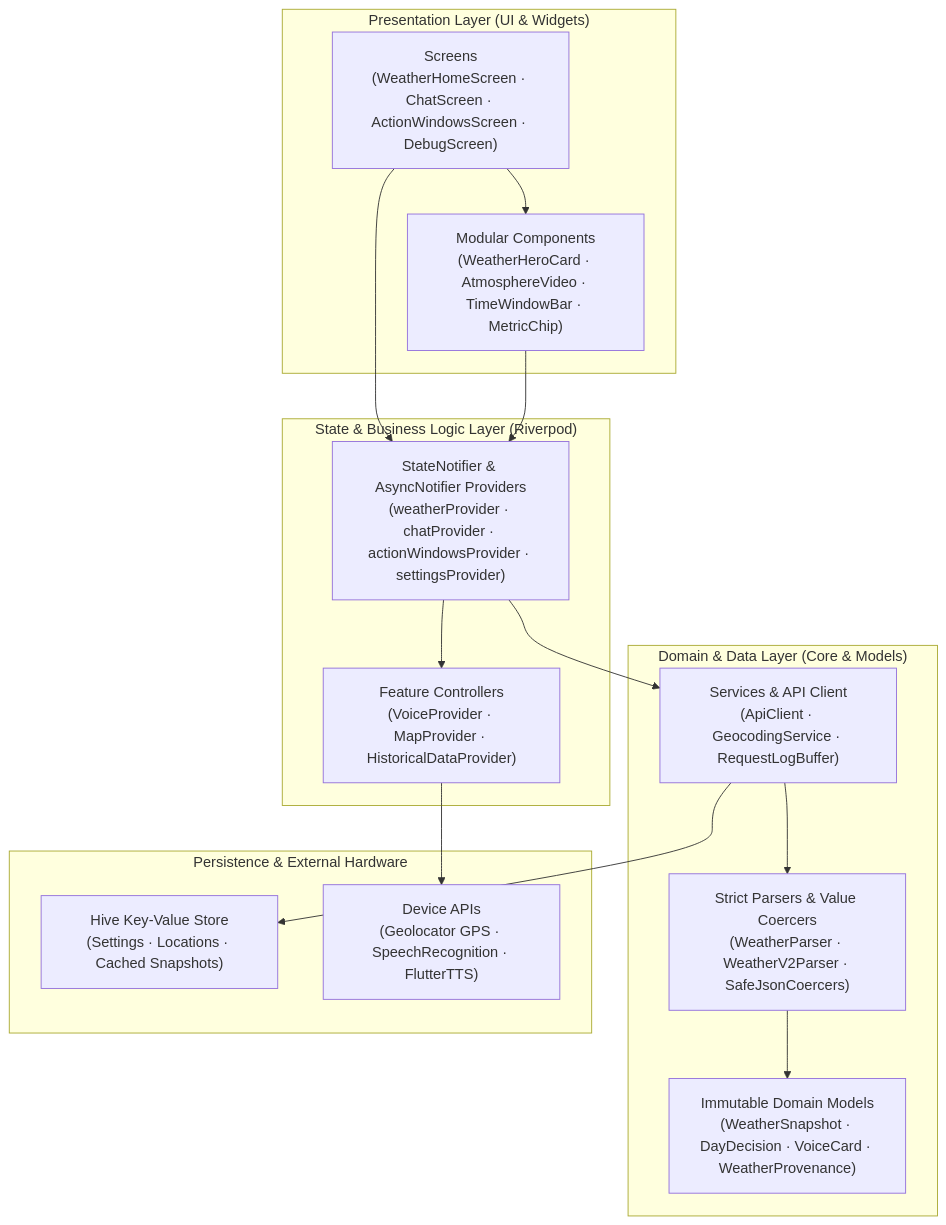
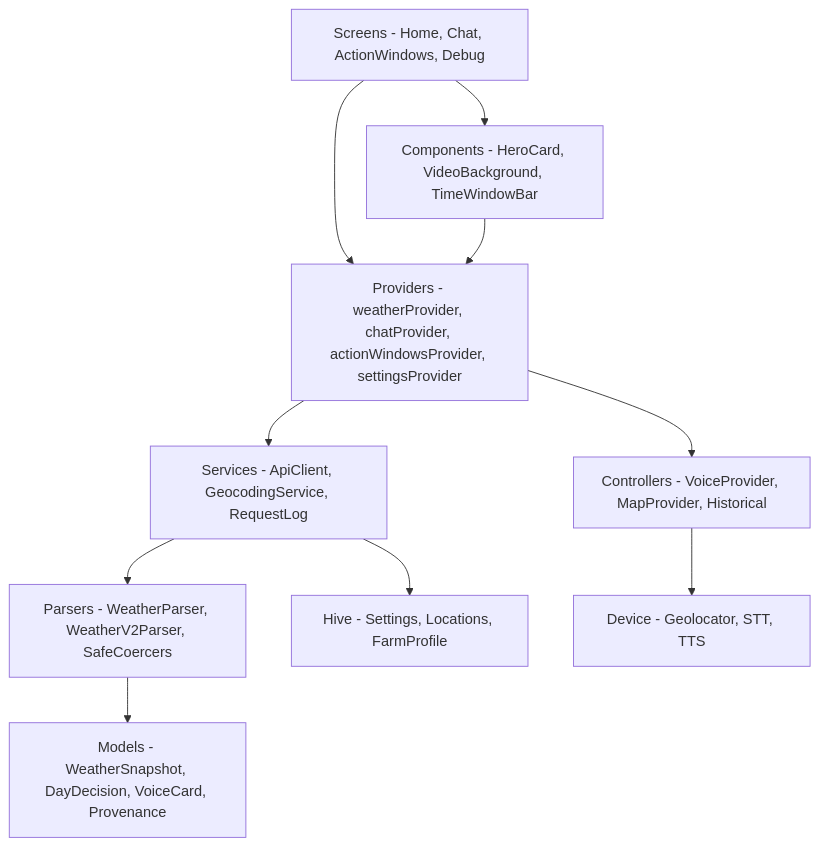
One commit to omsenjalia/weathergpt-app changed the third of 7 diagrams in ARCHITECTURE.md. Above: the diagram before and after it, drawn with Mermaid. The commit also changed other lines of this file and 3 other files, not shown here.

First line of the commit message:
fix: navigation panel anchors now match actual headers, clean ARCHITECTURE.md

````diff
--- a/ARCHITECTURE.md
+++ b/ARCHITECTURE.md
@@ -406,33 +357,22 @@
 ```mermaid
 graph TD
-    subgraph "Presentation Layer (UI & Widgets)"
-        VIEWS["Screens<br/>(WeatherHomeScreen · ChatScreen · ActionWindowsScreen · DebugScreen)"]
-        WIDGETS["Modular Components<br/>(WeatherHeroCard · AtmosphereVideo · TimeWindowBar · MetricChip)"]
-    end
-
-    subgraph "State & Business Logic Layer (Riverpod)"
-        NOTIFIERS["StateNotifier & AsyncNotifier Providers<br/>(weatherProvider · chatProvider · actionWindowsProvider · settingsProvider)"]
-        CONTROLLERS["Feature Controllers<br/>(VoiceProvider · MapProvider · HistoricalDataProvider)"]
-    end
-
-    subgraph "Domain & Data Layer (Core & Models)"
-        PARSERS["Strict Parsers & Value Coercers<br/>(WeatherParser · WeatherV2Parser · SafeJsonCoercers)"]
-        MODELS["Immutable Domain Models<br/>(WeatherSnapshot · DayDecision · VoiceCard · WeatherProvenance)"]
-        SERVICES["Services & API Client<br/>(ApiClient · GeocodingService · RequestLogBuffer)"]
-    end
-
-    subgraph "Persistence & External Hardware"
-        HIVE["Hive Key-Value Store<br/>(Settings · Locations · Cached Snapshots)"]
-        HARDWARE["Device APIs<br/>(Geolocator GPS · SpeechRecognition · FlutterTTS)"]
-    end
+    VIEWS["Screens - Home, Chat, ActionWindows, Debug"]
+    WIDGETS["Components - HeroCard, VideoBackground, TimeWindowBar"]
+    NOTIFIERS["Providers - weatherProvider, chatProvider, actionWindowsProvider, settingsProvider"]
+    CONTROLLERS["Controllers - VoiceProvider, MapProvider, Historical"]
+    PARSERS["Parsers - WeatherParser, WeatherV2Parser, SafeCoercers"]
+    MODELS["Models - WeatherSnapshot, DayDecision, VoiceCard, Provenance"]
+    SERVICES["Services - ApiClient, GeocodingService, RequestLog"]
+    HIVE["Hive - Settings, Locations, FarmProfile"]
+    HARDWARE["Device - Geolocator, STT, TTS"]
 
     VIEWS --> WIDGETS
     VIEWS --> NOTIFIERS
     WIDGETS --> NOTIFIERS
     NOTIFIERS --> CONTROLLERS
     NOTIFIERS --> SERVICES
     CONTROLLERS --> HARDWARE
     SERVICES --> PARSERS
     PARSERS --> MODELS
     SERVICES --> HIVE
 ```
````
